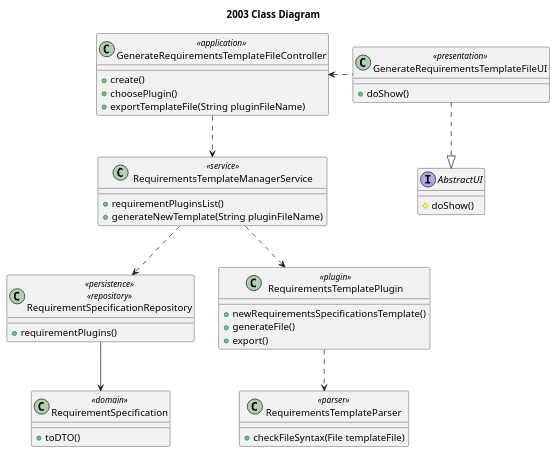
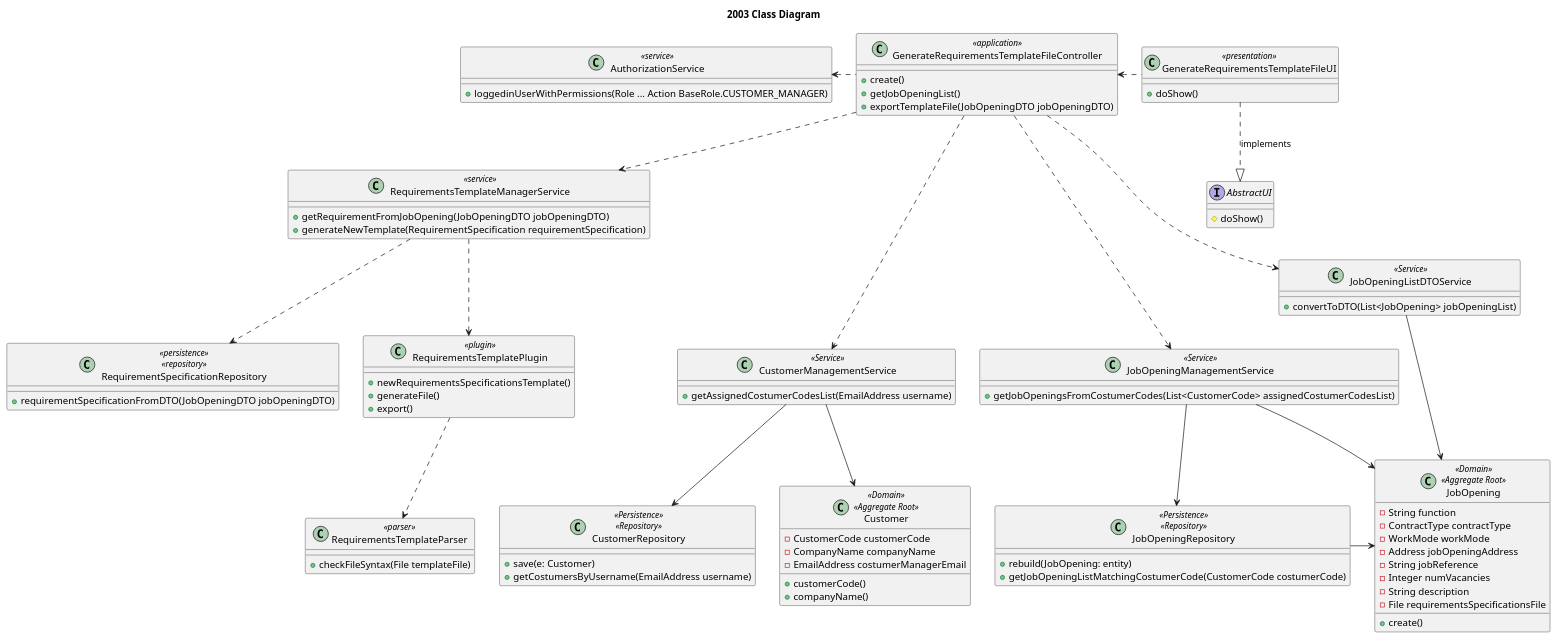
One commit to rita-barbosa/LAPR4-2324 changed the diagram in docs/sb_us_2003/US2003_Class_Diagram/us2003_class_diagram.puml. Above: the diagram before and after it, drawn with PlantUML. The commit also changed 4 other files, not shown here.

First line of the commit message:
docs: US2003 sequence diagram and class diagram corrections after EAPLI explanation + pattern justification update

```diff
--- a/docs/sb_us_2003/US2003_Class_Diagram/us2003_class_diagram.puml
+++ b/docs/sb_us_2003/US2003_Class_Diagram/us2003_class_diagram.puml
@@ -1,56 +1,109 @@
 @startuml US2003_class_diagram
 'https://plantuml.com/class-diagram
 
 title 2003 Class Diagram
 
 interface AbstractUI {
 # doShow()
 }
 
 class GenerateRequirementsTemplateFileUI <<presentation>>  {
 + doShow()
 }
 
 class GenerateRequirementsTemplateFileController <<application>> {
 + create()
-+ choosePlugin()
-+ exportTemplateFile(String pluginFileName)
++ getJobOpeningList()
++ exportTemplateFile(JobOpeningDTO jobOpeningDTO)
 }
 
 class RequirementsTemplateManagerService <<service>> {
-+ requirementPluginsList()
-+ generateNewTemplate(String pluginFileName)
++ getRequirementFromJobOpening(JobOpeningDTO jobOpeningDTO)
++ generateNewTemplate(RequirementSpecification requirementSpecification)
 }
 
 class RequirementSpecificationRepository <<persistence>>\n<<repository>> {
-+ requirementPlugins()
-}
-
-class RequirementSpecification <<domain>> {
-+ toDTO()
++ requirementSpecificationFromDTO(JobOpeningDTO jobOpeningDTO)
 }
 
 class RequirementsTemplatePlugin <<plugin>> {
 + newRequirementsSpecificationsTemplate()
 + generateFile()
 + export()
 }
 
 class RequirementsTemplateParser <<parser>> {
 + checkFileSyntax(File templateFile)
 }
 
+class AuthorizationService <<service>> {
++ loggedinUserWithPermissions(Role ... Action BaseRole.CUSTOMER_MANAGER)
+}
+
+class JobOpeningRepository <<Persistence>> <<Repository>> {
++ rebuild(JobOpening: entity)
++ getJobOpeningListMatchingCostumerCode(CustomerCode costumerCode)
+}
+
+class CustomerManagementService <<Service>> {
++ getAssignedCostumerCodesList(EmailAddress username)
+}
+
+class CustomerRepository  <<Persistence>> <<Repository>>  {
++ save(e: Customer)
++ getCostumersByUsername(EmailAddress username)
+}
+
+
+class Customer <<Domain>> <<Aggregate Root>> {
+- CustomerCode customerCode
+- CompanyName companyName
+- EmailAddress costumerManagerEmail
++ customerCode()
++ companyName()
+}
+
+class JobOpeningManagementService <<Service>> {
++ getJobOpeningsFromCostumerCodes(List<CustomerCode> assignedCostumerCodesList)
+}
+
+class JobOpeningListDTOService <<Service>> {
++ convertToDTO(List<JobOpening> jobOpeningList)
+}
+
+class JobOpening <<Domain>> <<Aggregate Root>> {
+- String function
+- ContractType contractType
+- WorkMode workMode
+- Address jobOpeningAddress
+- String jobReference
+- Integer numVacancies
+- String description
+- File requirementsSpecificationsFile
++ create()
+}
 
 
 'Associations
-AbstractUI <|.up. GenerateRequirementsTemplateFileUI
+AbstractUI <|.up. GenerateRequirementsTemplateFileUI : implements
+GenerateRequirementsTemplateFileUI .left.> GenerateRequirementsTemplateFileController
 
+GenerateRequirementsTemplateFileController .left.> AuthorizationService
+GenerateRequirementsTemplateFileController ...> CustomerManagementService
+GenerateRequirementsTemplateFileController ...> JobOpeningManagementService
+GenerateRequirementsTemplateFileController ..> JobOpeningListDTOService
+GenerateRequirementsTemplateFileController ..> RequirementsTemplateManagerService
 
-GenerateRequirementsTemplateFileUI .left.> GenerateRequirementsTemplateFileController
-GenerateRequirementsTemplateFileController ..> RequirementsTemplateManagerService
+'Domain Layer
+CustomerManagementService -down-> CustomerRepository
+CustomerManagementService --> Customer
+JobOpeningManagementService --> JobOpeningRepository
+JobOpeningManagementService --> JobOpening
+JobOpeningListDTOService --> JobOpening
+JobOpeningRepository -> JobOpening
+
 RequirementsTemplateManagerService ..> RequirementSpecificationRepository
-RequirementSpecificationRepository --> RequirementSpecification
 RequirementsTemplateManagerService ..> RequirementsTemplatePlugin
 RequirementsTemplatePlugin ..> RequirementsTemplateParser
 
 @enduml
```
